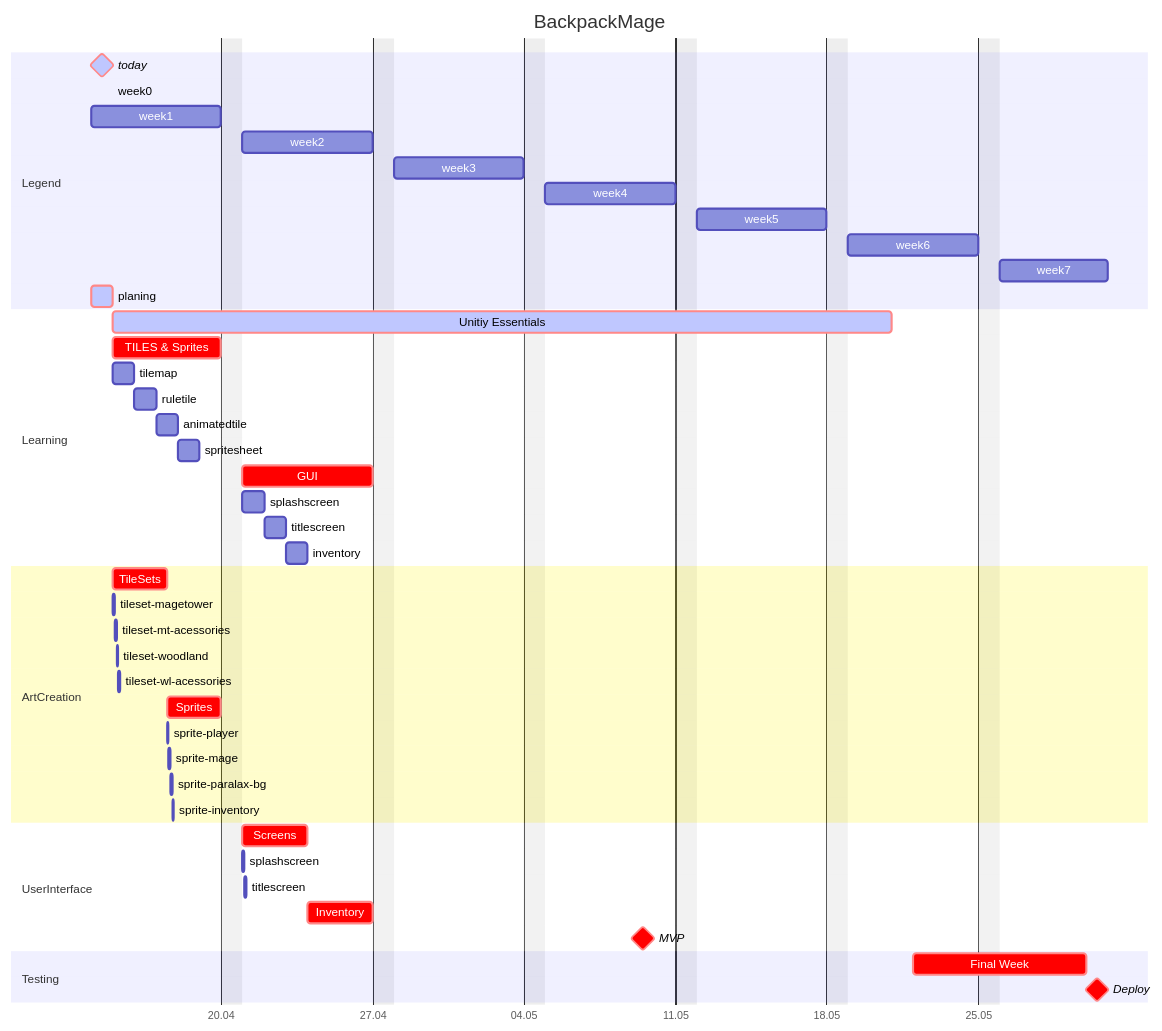
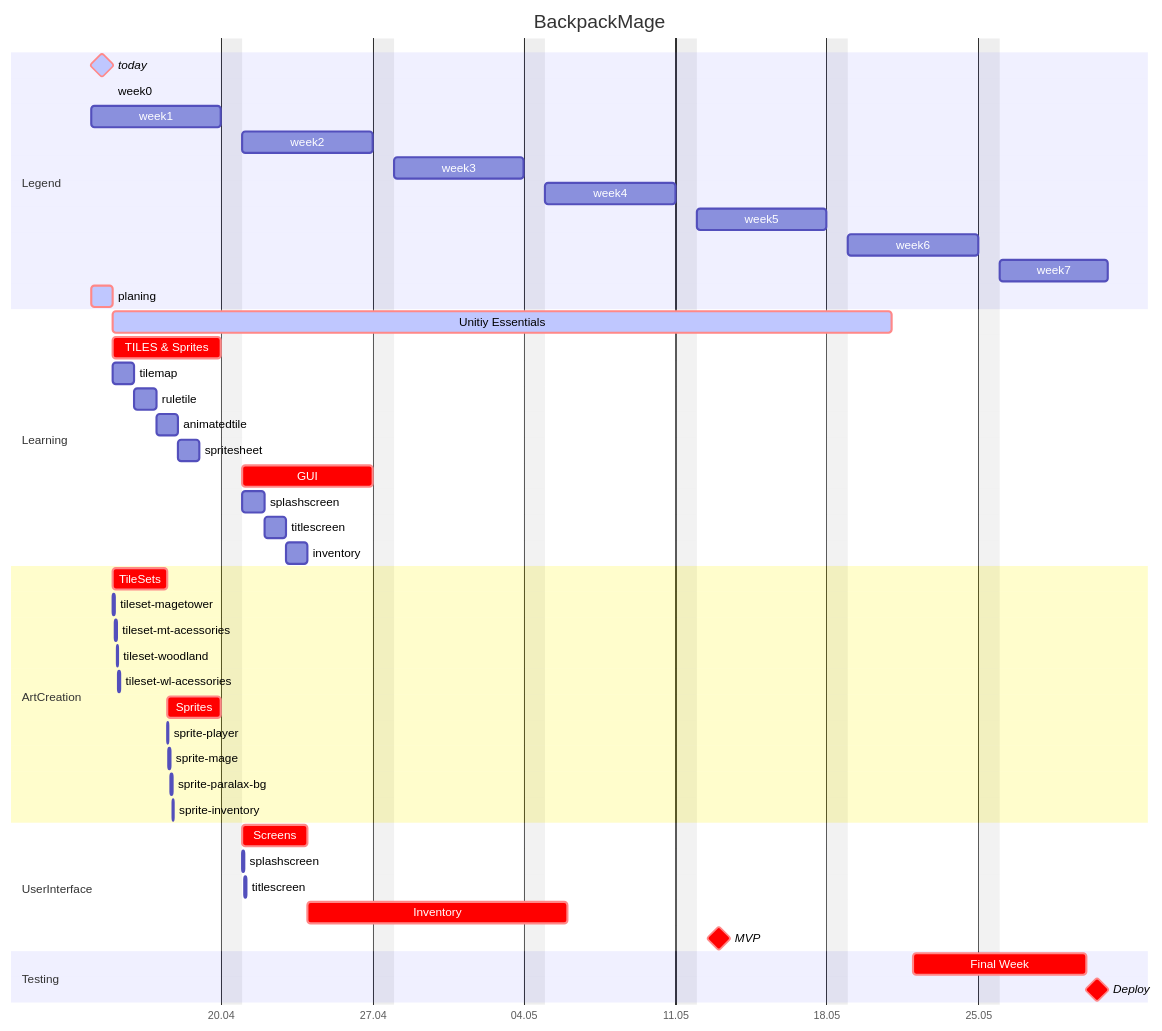
The diagram in README.md (IxI-Enki/backpackmage), drawn with Mermaid before and after one commit.

````diff
--- a/README.md
+++ b/README.md
@@ -12,77 +12,77 @@
 ```mermaid
 gantt
     %%   T I T L E
     title BackpackMage
 
     dateFormat DD-MM-YYYY
     excludes sunday
 
     axisFormat %d.%m
 
     section Legend
         today : milestone, crit, active, t0, 14-04-2025, 24h
         week0 : w0, 15-04-2025, 1m
         week1 : w1, 14-04-2025, 6d
         week2 : w2, 21-04-2025, 6d
         week3 : w3, 28-04-2025, 6d
         week4 : w4, 05-05-2025, 6d
         week5 : w5, 12-05-2025, 6d
         week6 : w6, 19-05-2025, 6d
         week7 : w7, 26-05-2025, 5d
 
         planing               : active , crit , plan , 14-04-2025 , 1d
     section Learning
         Unitiy Essentials     : active , crit ,  U , after w0 , 31d
 
         TILES & Sprites       :          crit ,  t , after w0 ,  5d
         tilemap               :                 tm , after w0 ,  1d
 
         ruletile              :                 tr , after tm   ,  1d
         animatedtile          :                 ta , after tr   ,  1d
         spritesheet           :                  s , after ta   ,  1d
 
 
         GUI                   :          crit ,  g , after w1 ,  6d
         splashscreen          :                  s , after w1 ,  1d
         titlescreen           :                 ts , after s    ,  1d
 
         inventory             :                   i, after ts   ,  1d
 
 
 
     section ArtCreation
 
         %%   T I L E S E T S
         TileSets              :          crit , tis , after w0 , 60h
         tileset-magetower     :                 tsm , after w0 , 2h
         tileset-mt-acessories :                tsma , after tsm  , 2h
         tileset-woodland      :                 tsw , after tsma , 2h
         tileset-wl-acessories :                tswa , after tsw  , 2h
 
         %%   S P R I T E S
         Sprites               :          crit , spr , after tis  , 60h
         sprite-player         :                 spp , after tis  , 2h
         sprite-mage           :                 spm , after spp  , 2h
         sprite-paralax-bg     :                spgb , after spm  , 2h
         sprite-inventory      :                spin , after spgb , 2h
 
     section UserInterface
         Screens               :          crit , scr , after w1 , 3d
         splashscreen          :                spls , after w1 , 2h
         titlescreen           :                tits , after spls , 2h
 
-        Inventory             :          crit , inv , after scr  , 3d
+        Inventory             :          crit , inv , after scr  , 10d
 
 
     %%   M I N I M A L   V I A B L E   P R O J E C T
     %%
     MVP                       : milestone , crit , 18-05-2025
 
     section Testing
         Final Week            :          crit , fiw , 22-05-2025 , 7d
 
     %%   D E P L O Y M E N T
     %%
     Deploy                    : milestone , crit , 31-05-2025
 
 ```
````
